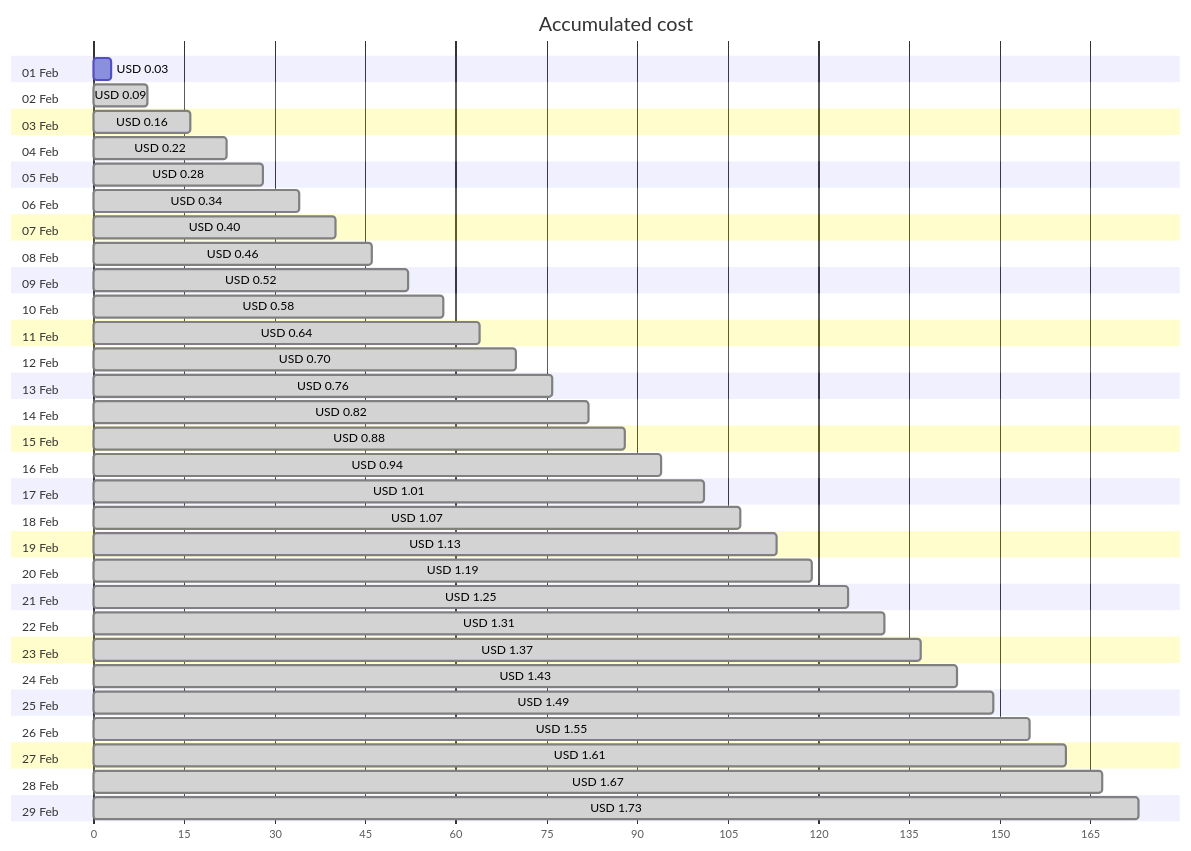
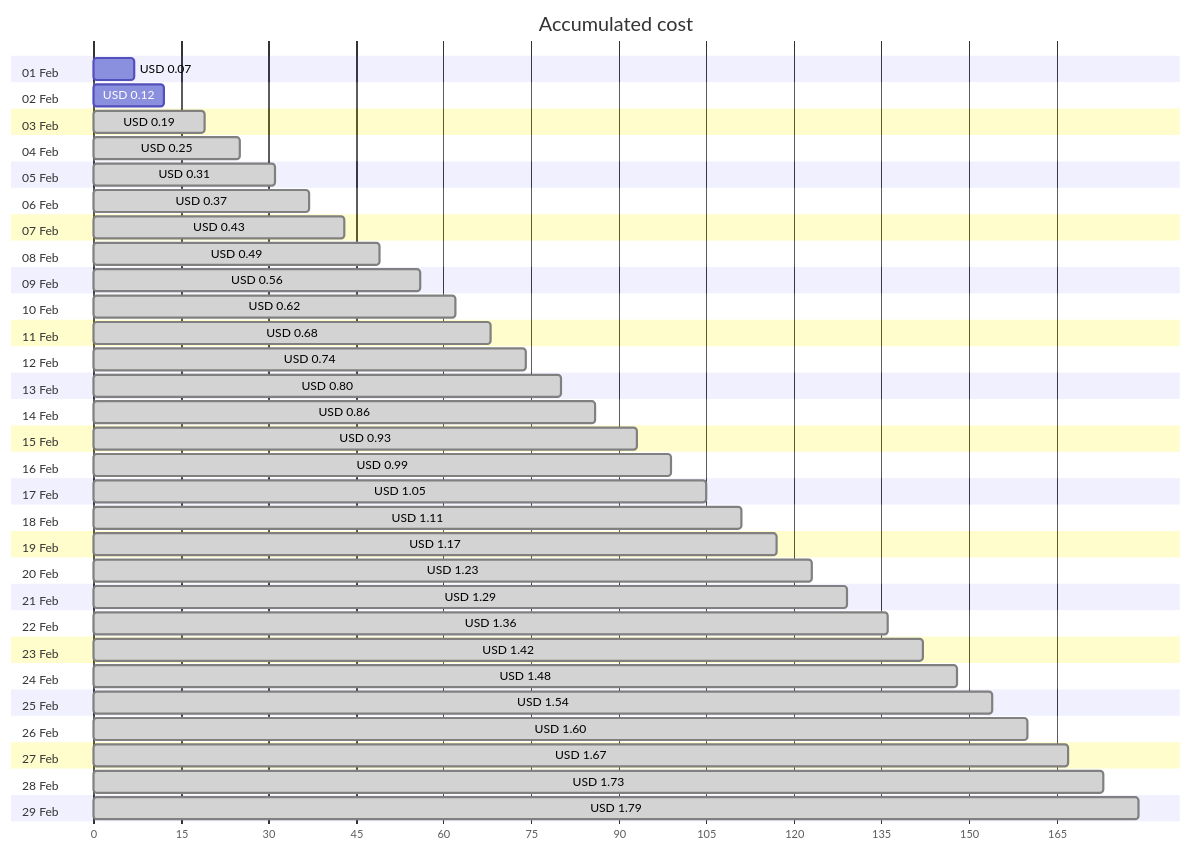
One commit to jpfulton/azure-personal-reports changed the first of 4 diagrams in cost-reports/personal-network/backup-server_OsDisk.md. Above: the diagram before and after it, drawn with Mermaid. The commit also changed other lines of this file and 8 other files, not shown here.

````diff
--- a/cost-reports/personal-network/backup-server_OsDisk.md
+++ b/cost-reports/personal-network/backup-server_OsDisk.md
@@ -20,64 +20,64 @@
 ```mermaid
 gantt
    title Accumulated cost
    dateFormat  X
    axisFormat %s
    section 01 Feb
-   USD 0.03 :0, 3
+   USD 0.07 :0, 7
    section 02 Feb
-   USD 0.09 : done, 0, 9
+   USD 0.12 :0, 12
    section 03 Feb
-   USD 0.16 : done, 0, 16
+   USD 0.19 : done, 0, 19
    section 04 Feb
-   USD 0.22 : done, 0, 22
+   USD 0.25 : done, 0, 25
    section 05 Feb
-   USD 0.28 : done, 0, 28
+   USD 0.31 : done, 0, 31
    section 06 Feb
-   USD 0.34 : done, 0, 34
+   USD 0.37 : done, 0, 37
    section 07 Feb
-   USD 0.40 : done, 0, 40
+   USD 0.43 : done, 0, 43
    section 08 Feb
-   USD 0.46 : done, 0, 46
+   USD 0.49 : done, 0, 49
    section 09 Feb
-   USD 0.52 : done, 0, 52
+   USD 0.56 : done, 0, 56
    section 10 Feb
-   USD 0.58 : done, 0, 58
+   USD 0.62 : done, 0, 62
    section 11 Feb
-   USD 0.64 : done, 0, 64
+   USD 0.68 : done, 0, 68
    section 12 Feb
-   USD 0.70 : done, 0, 70
+   USD 0.74 : done, 0, 74
    section 13 Feb
-   USD 0.76 : done, 0, 76
+   USD 0.80 : done, 0, 80
    section 14 Feb
-   USD 0.82 : done, 0, 82
+   USD 0.86 : done, 0, 86
    section 15 Feb
-   USD 0.88 : done, 0, 88
+   USD 0.93 : done, 0, 93
    section 16 Feb
-   USD 0.94 : done, 0, 94
+   USD 0.99 : done, 0, 99
    section 17 Feb
-   USD 1.01 : done, 0, 101
+   USD 1.05 : done, 0, 105
    section 18 Feb
-   USD 1.07 : done, 0, 107
+   USD 1.11 : done, 0, 111
    section 19 Feb
-   USD 1.13 : done, 0, 113
+   USD 1.17 : done, 0, 117
    section 20 Feb
-   USD 1.19 : done, 0, 119
+   USD 1.23 : done, 0, 123
    section 21 Feb
-   USD 1.25 : done, 0, 125
+   USD 1.29 : done, 0, 129
    section 22 Feb
-   USD 1.31 : done, 0, 131
+   USD 1.36 : done, 0, 136
    section 23 Feb
-   USD 1.37 : done, 0, 137
+   USD 1.42 : done, 0, 142
    section 24 Feb
-   USD 1.43 : done, 0, 143
+   USD 1.48 : done, 0, 148
    section 25 Feb
-   USD 1.49 : done, 0, 149
+   USD 1.54 : done, 0, 154
    section 26 Feb
-   USD 1.55 : done, 0, 155
+   USD 1.60 : done, 0, 160
    section 27 Feb
-   USD 1.61 : done, 0, 161
+   USD 1.67 : done, 0, 167
    section 28 Feb
-   USD 1.67 : done, 0, 167
+   USD 1.73 : done, 0, 173
    section 29 Feb
-   USD 1.73 : done, 0, 173
+   USD 1.79 : done, 0, 179
 ```
````
